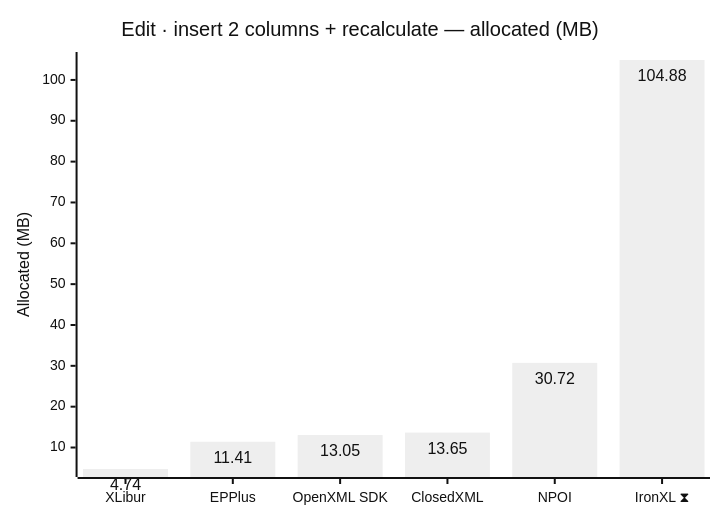
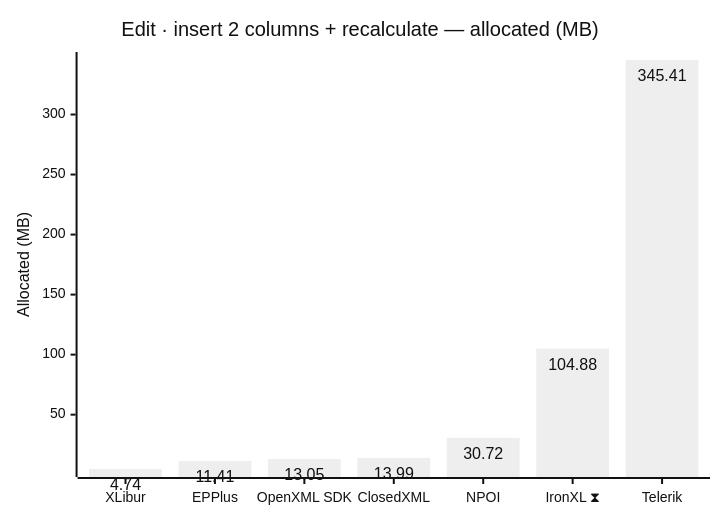
One commit to jafin/XLBench changed diagram 12 of 12 in docs/results.md. Above: the diagram before and after it, drawn with Mermaid (neutral theme). The commit also changed other lines of this file and 3 other files, not shown here.

````diff
--- a/docs/results.md
+++ b/docs/results.md
@@ -182,12 +183,12 @@
 ```mermaid
 ---
 config:
   xyChart:
     showDataLabel: true
 ---
 xychart-beta
     title "Edit · insert 2 columns + recalculate — allocated (MB)"
-    x-axis ["XLibur", "EPPlus", "OpenXML SDK", "ClosedXML", "NPOI", "IronXL ⧗"]
+    x-axis ["XLibur", "EPPlus", "OpenXML SDK", "ClosedXML", "NPOI", "IronXL ⧗", "Telerik"]
     y-axis "Allocated (MB)"
-    bar [4.74, 11.41, 13.05, 13.65, 30.72, 104.88]
+    bar [4.74, 11.41, 13.05, 13.99, 30.72, 104.88, 345.41]
 ```
````
